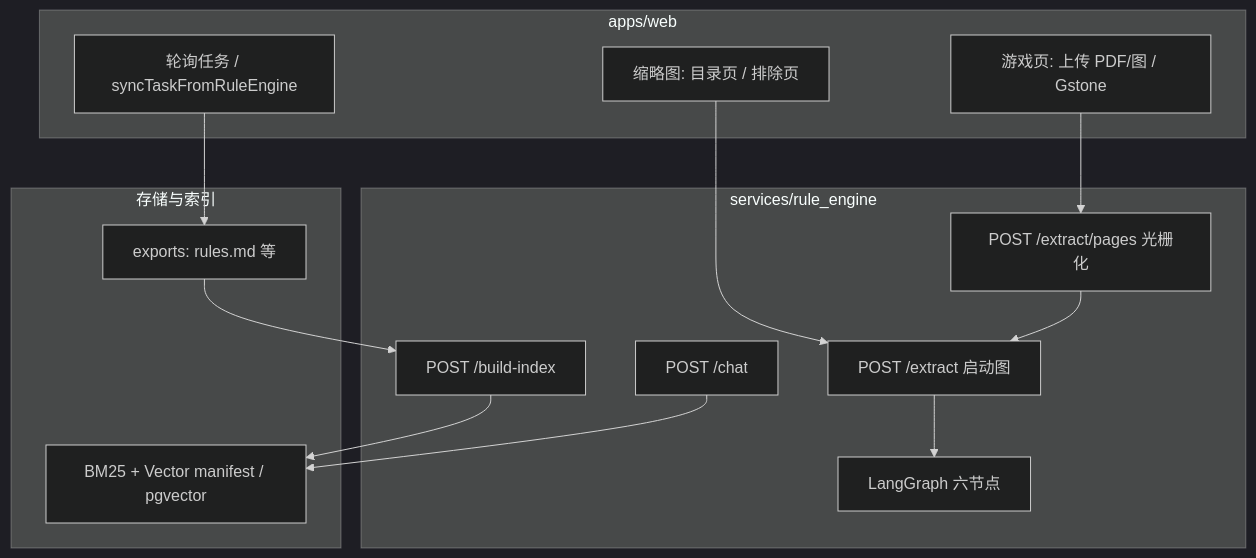
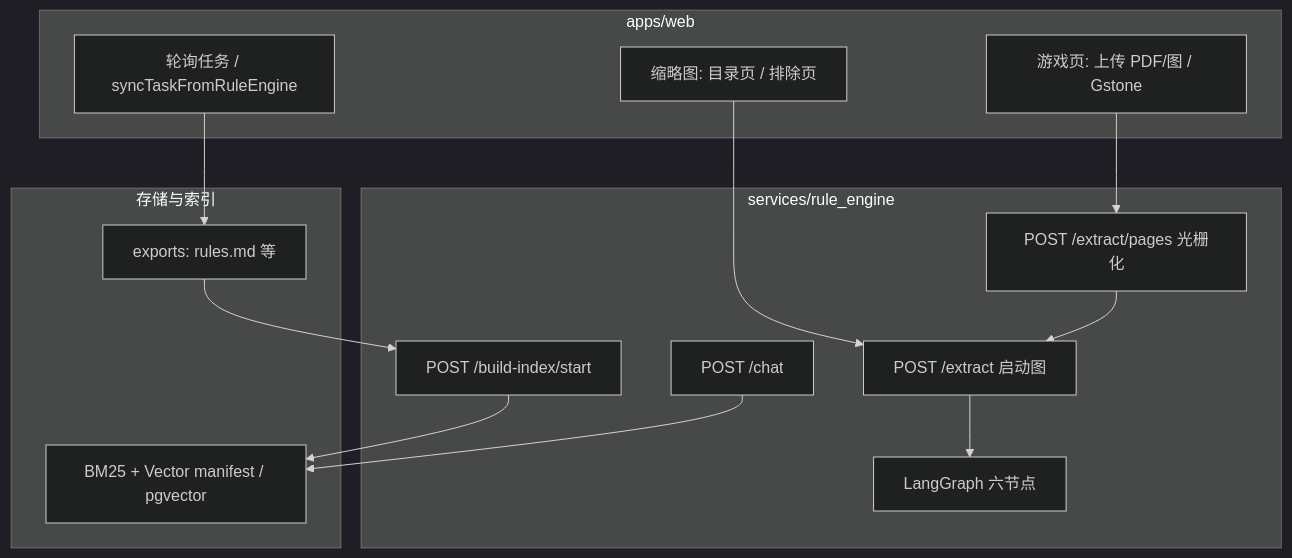
Before and after one commit to shitlsh/boardrule-rag: the first of 6 diagrams in services/rule_engine/EXTRACTION_FLOW.md, drawn with Mermaid (dark theme). The commit also changed other lines of this file and 30 other files, not shown here.

````diff
--- a/services/rule_engine/EXTRACTION_FLOW.md
+++ b/services/rule_engine/EXTRACTION_FLOW.md
@@ -9,30 +9,30 @@
 ```mermaid
 flowchart TB
   subgraph web [apps/web]
     UI[游戏页: 上传 PDF/图 / Gstone]
     Pick[缩略图: 目录页 / 排除页]
     Poll[轮询任务 / syncTaskFromRuleEngine]
   end
 
   subgraph engine [services/rule_engine]
     EP[POST /extract/pages 光栅化]
     EX[POST /extract 启动图]
     G[LangGraph 六节点]
-    BI[POST /build-index]
+    BI[POST /build-index/start]
     CH[POST /chat]
   end
 
   subgraph storage [存储与索引]
     Disk[exports: rules.md 等]
     Idx[BM25 + Vector manifest / pgvector]
   end
 
   UI --> EP
   Pick --> EX
   EP --> EX
   EX --> G
   Poll --> Disk
   Disk --> BI
   BI --> Idx
   CH --> Idx
 ```
````
